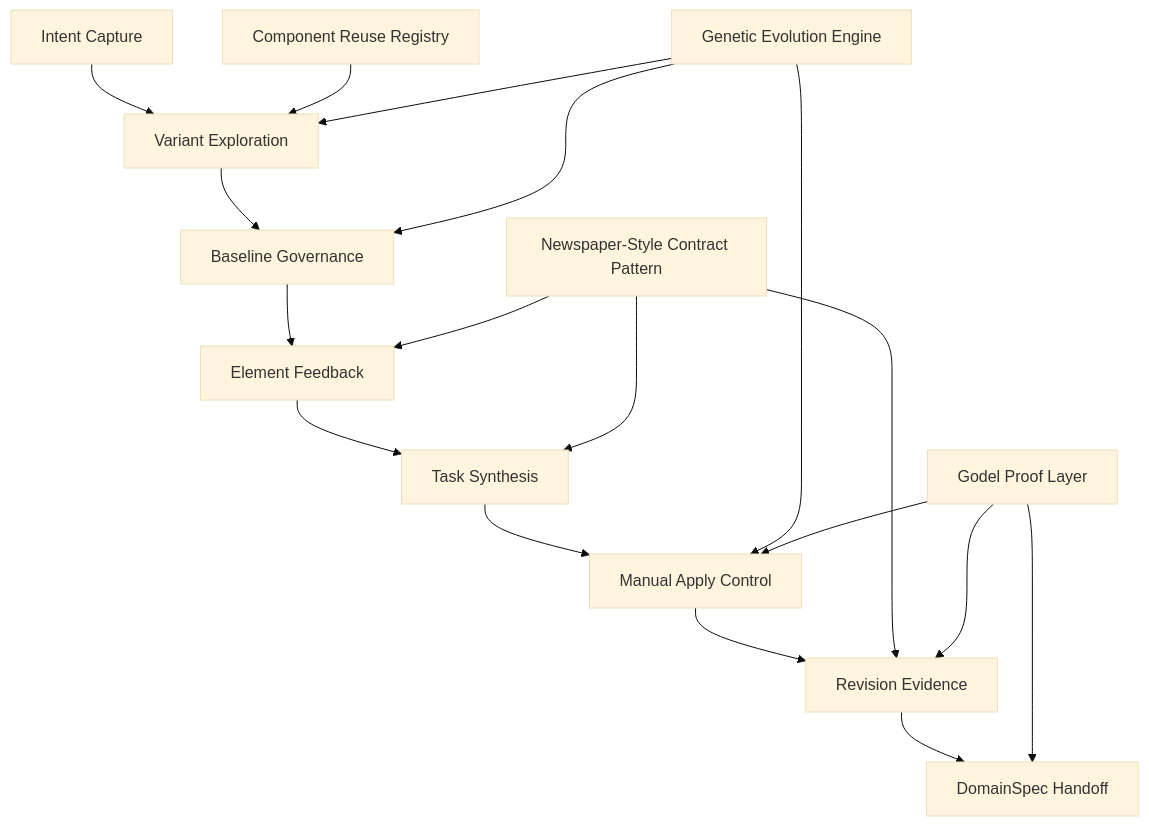
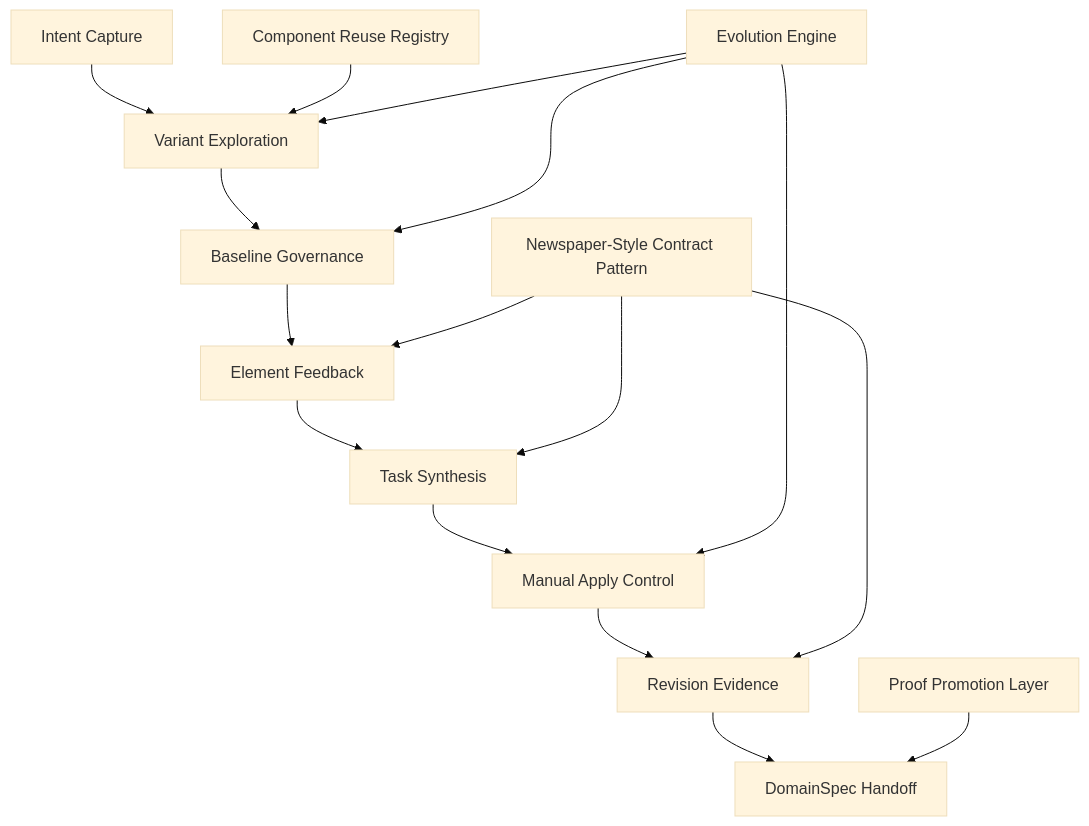
Before and after one commit to cyberAlchemyAI/domainspec: the second of 2 diagrams in docs/features/ui-prototyping-studio/PRODUCT-VIEW.md, drawn with Mermaid (base theme). The commit also changed other lines of this file and 22 other files, not shown here.

````diff
--- a/docs/features/ui-prototyping-studio/PRODUCT-VIEW.md
+++ b/docs/features/ui-prototyping-studio/PRODUCT-VIEW.md
@@ -103,21 +107,19 @@
 ```mermaid
 flowchart TD
   A[Intent Capture] --> B[Variant Exploration]
   B --> C[Baseline Governance]
   C --> D[Element Feedback]
   D --> E[Task Synthesis]
   E --> F[Manual Apply Control]
   F --> G[Revision Evidence]
   G --> H[DomainSpec Handoff]
 
   I[Component Reuse Registry] --> B
   J[Newspaper-Style Contract Pattern] --> D
   J --> E
   J --> G
-  K[Genetic Evolution Engine] --> B
+  K[Evolution Engine] --> B
   K --> C
   K --> F
-  L[Godel Proof Layer] --> F
-  L --> G
-  L --> H
+  L[Proof Promotion Layer] --> H
 ```
````
